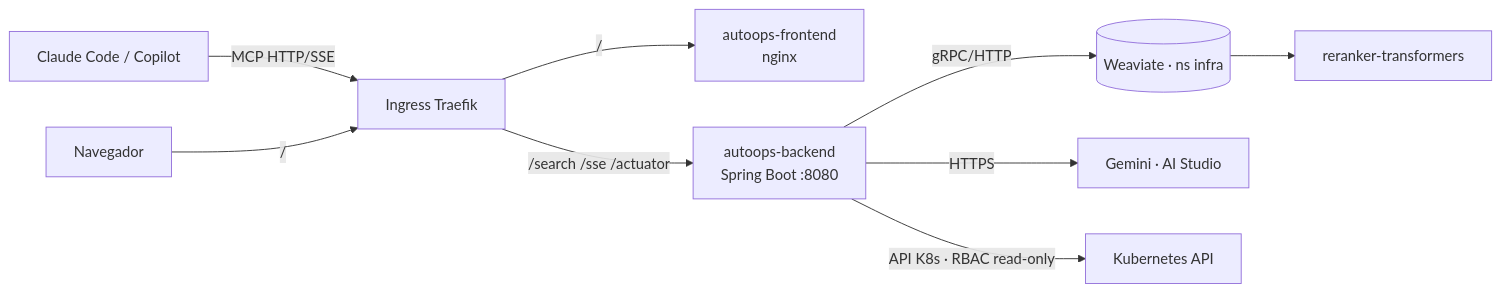
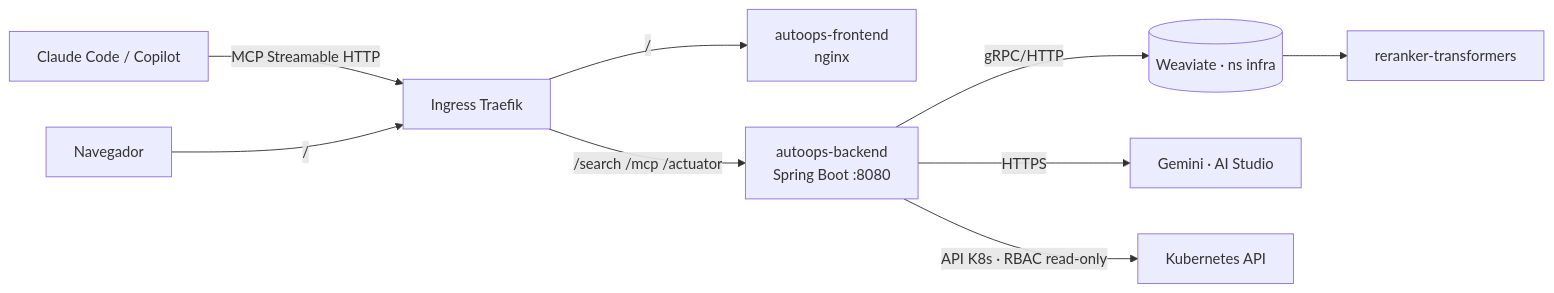
One commit to mikel0ne/ai-platform-portfolio changed the diagram in autoops/docs/infraestructura/README.md. Above: the diagram before and after it, drawn with Mermaid. The commit also changed other lines of this file and 21 other files, not shown here.

Commit message:
docs(autoops): full audit of architecture and infrastructure docs against the code

````diff
--- a/autoops/docs/infraestructura/README.md
+++ b/autoops/docs/infraestructura/README.md
@@ -26,11 +26,11 @@
 ```mermaid
 flowchart LR
-    CC[Claude Code / Copilot] -->|MCP HTTP/SSE| T[Ingress Traefik]
+    CC[Claude Code / Copilot] -->|MCP Streamable HTTP| T[Ingress Traefik]
     BR[Navegador] -->|/| T
     T -->|/| F[autoops-frontend<br/>nginx]
-    T -->|/search /sse /actuator| A[autoops-backend<br/>Spring Boot :8080]
+    T -->|/search /mcp /actuator| A[autoops-backend<br/>Spring Boot :8080]
     A -->|gRPC/HTTP| W[(Weaviate · ns infra)]
     W --> R[reranker-transformers]
     A -->|HTTPS| LLM[Gemini · AI Studio]
     A -->|API K8s · RBAC read-only| K8S[Kubernetes API]
 ```
````
